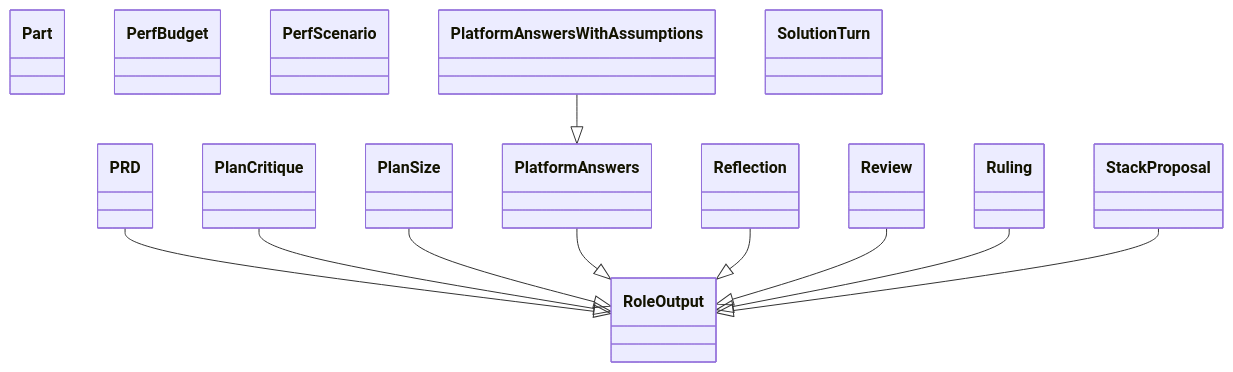
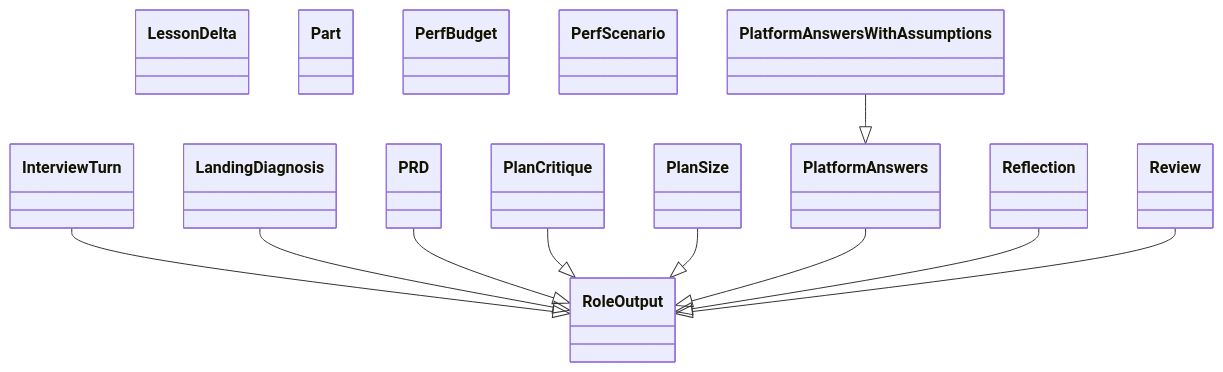
One commit to GonzaloZevallos/agentic-system changed the diagram in docs/architecture/generated/classes-process-domain-roles-4.md. Above: the diagram before and after it, drawn with Mermaid. The commit also changed other lines of this file and 4 other files, not shown here.

Commit message:
Regenerate the class diagrams for PrototypeListing, Resolved and Refused

````diff
--- a/docs/architecture/generated/classes-process-domain-roles-4.md
+++ b/docs/architecture/generated/classes-process-domain-roles-4.md
@@ -32,26 +32,26 @@
 ```mermaid
 classDiagram
+    class schemas__InterviewTurn["InterviewTurn"]
+    class schemas__LandingDiagnosis["LandingDiagnosis"]
+    class schemas__LessonDelta["LessonDelta"]
     class schemas__PRD["PRD"]
     class schemas__Part["Part"]
     class schemas__PerfBudget["PerfBudget"]
     class schemas__PerfScenario["PerfScenario"]
     class schemas__PlanCritique["PlanCritique"]
     class schemas__PlanSize["PlanSize"]
     class schemas__PlatformAnswers["PlatformAnswers"]
     class schemas__PlatformAnswersWithAssumptions["PlatformAnswersWithAssumptions"]
     class schemas__Reflection["Reflection"]
     class schemas__Review["Review"]
     class schemas__RoleOutput["RoleOutput"]
-    class schemas__Ruling["Ruling"]
-    class schemas__SolutionTurn["SolutionTurn"]
-    class schemas__StackProposal["StackProposal"]
+    schemas__InterviewTurn --|> schemas__RoleOutput
+    schemas__LandingDiagnosis --|> schemas__RoleOutput
     schemas__PRD --|> schemas__RoleOutput
     schemas__PlanCritique --|> schemas__RoleOutput
     schemas__PlanSize --|> schemas__RoleOutput
     schemas__PlatformAnswers --|> schemas__RoleOutput
     schemas__PlatformAnswersWithAssumptions --|> schemas__PlatformAnswers
     schemas__Reflection --|> schemas__RoleOutput
     schemas__Review --|> schemas__RoleOutput
-    schemas__Ruling --|> schemas__RoleOutput
-    schemas__StackProposal --|> schemas__RoleOutput
 ```
````
